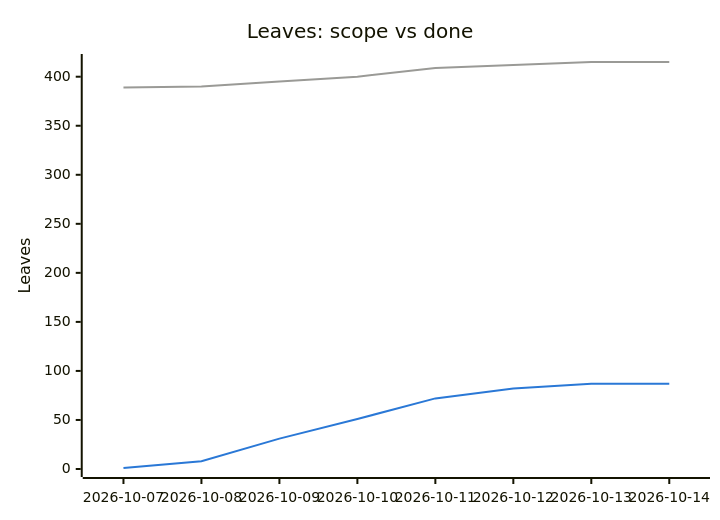
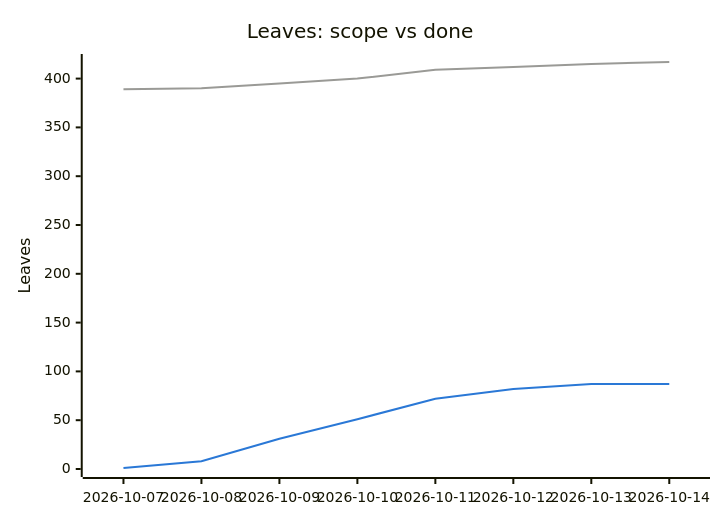
The second of 2 diagrams in PROGRESS.md (tomiok/persiaDB), drawn with Mermaid before and after one commit. The commit also changed other lines of this file and 6 other files, not shown here.

````diff
--- a/PROGRESS.md
+++ b/PROGRESS.md
@@ -106,14 +106,14 @@
 ```mermaid
 ---
 config:
   themeVariables:
     xyChart:
       plotColorPalette: "#9a9a96, #2a78d6"
 ---
 xychart-beta
   title "Leaves: scope vs done"
   x-axis ["2026-10-07", "2026-10-08", "2026-10-09", "2026-10-10", "2026-10-11", "2026-10-12", "2026-10-13", "2026-10-14"]
-  y-axis "Leaves" 0 --> 415
-  line [389, 390, 395, 400, 409, 412, 415, 415]
+  y-axis "Leaves" 0 --> 417
+  line [389, 390, 395, 400, 409, 412, 415, 417]
   line [1, 8, 31, 51, 72, 82, 87, 87]
 ```
````
